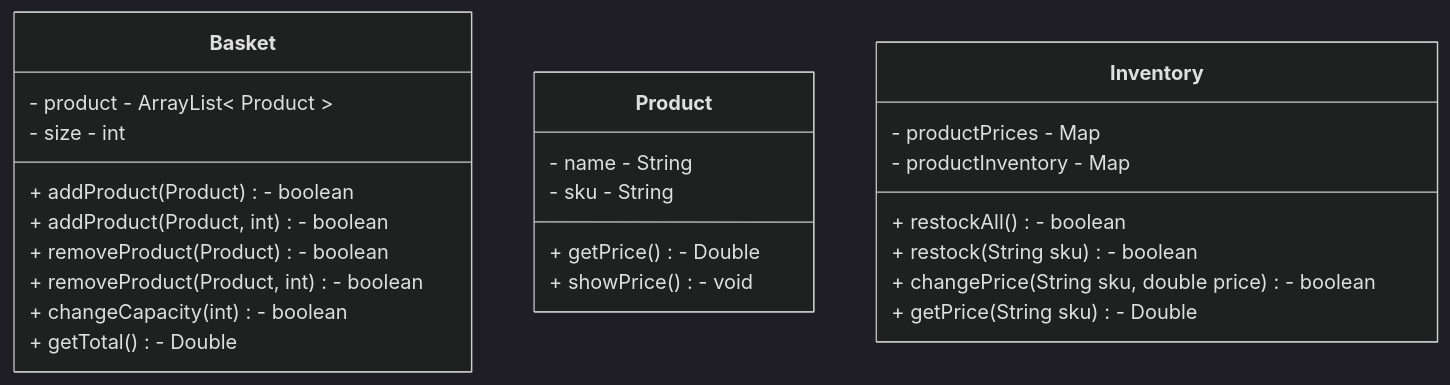
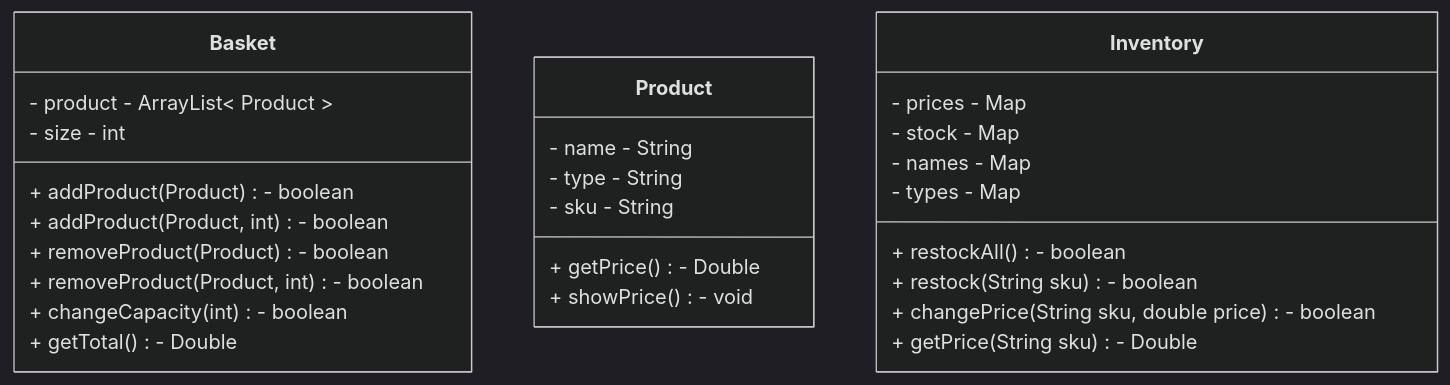
Before and after one commit to nora-hansen/java-tdd-oop-bobs-bagels: the diagram in class-diagram.md, drawn with Mermaid (dark theme). The commit also changed 4 other files, not shown here.

Commit message:
Changed class diagrams, started implementing necessary functionality for addProduct

`````diff
--- a/class-diagram.md
+++ b/class-diagram.md
@@ -1,22 +1,25 @@
 ````mermaid
 classDiagram
     Basket : - product - ArrayList< Product >
     Basket : - size - int
     Basket : + addProduct(Product) - boolean
     Basket : + addProduct(Product, int) - boolean
     Basket : + removeProduct(Product) - boolean
     Basket : + removeProduct(Product, int) - boolean
     Basket : + changeCapacity(int) - boolean
     Basket : + getTotal() - Double
     Product : - name - String
+    Product : - type - String
     Product : - sku - String
     Product : + getPrice() - Double
     Product : + showPrice() - void
-    Inventory : - productPrices - Map
-    Inventory : - productInventory - Map
+    Inventory : - prices - Map
+    Inventory : - stock - Map
+    Inventory : - names - Map
+    Inventory : - types - Map
     Inventory : + restockAll() - boolean
     Inventory : + restock(String sku) - boolean
     Inventory : + changePrice(String sku, double price) - boolean
     Inventory : + getPrice(String sku) - Double
 
 ````
`````
